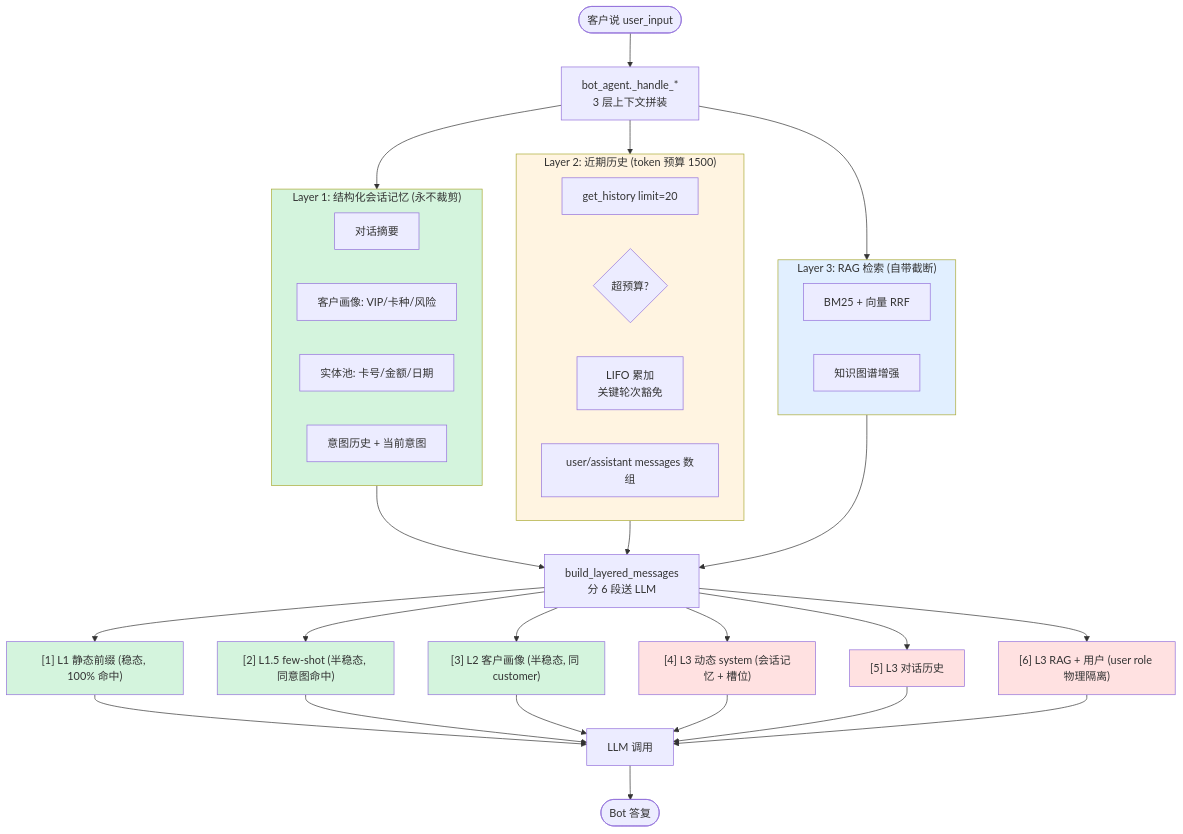
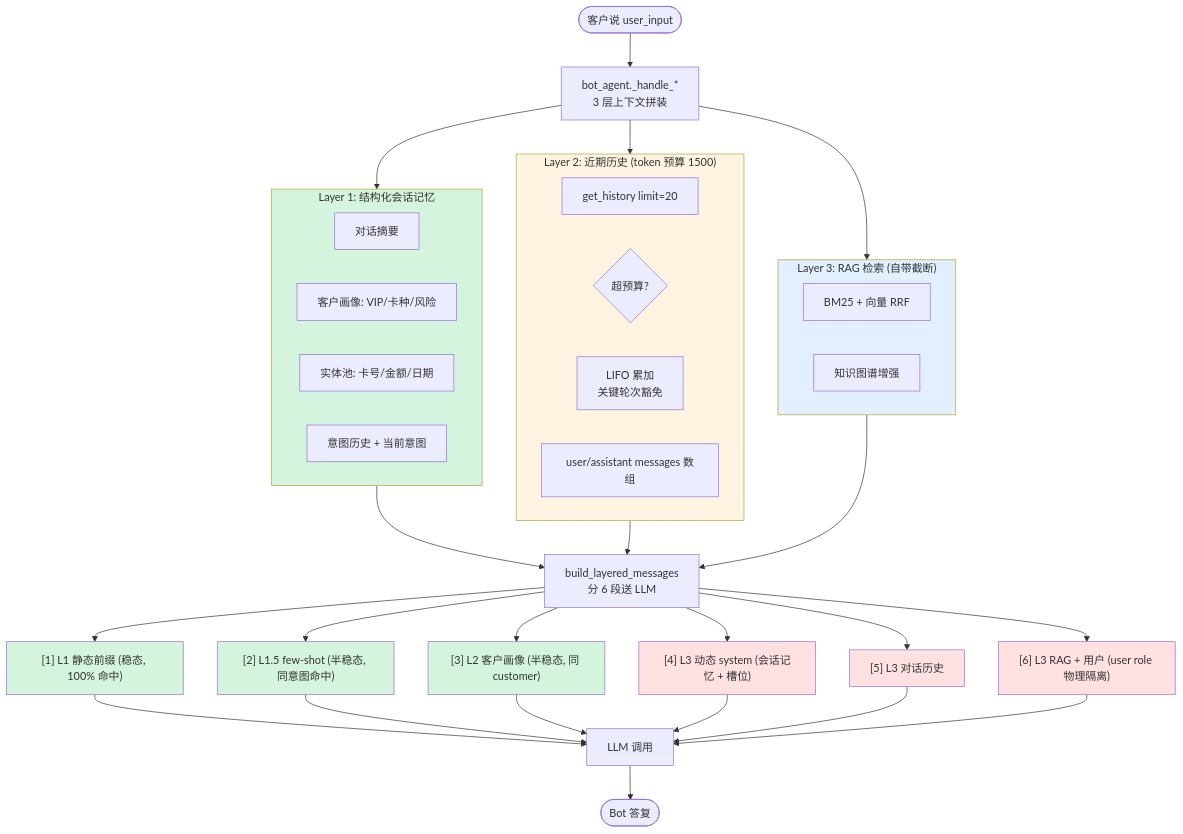
One commit to slowleelab/lumio changed the diagram in docs/book/chapters/15-context-engineering.md. Above: the diagram before and after it, drawn with Mermaid. The commit also changed other lines of this file and 2 other files, not shown here.

Commit message:
fix(docs): 修正不通顺句子 - '永不抛出 (任何异常都返回空字符串)'
## 修改

1. L130: '永不抛出 (任何异常都返回空字符串)' → '异常时静默降级, 一律返回空字符串'
   - 主谓不清, '永不抛出' 的主语不明
   - 括号内容跟前面语义重复 (异常吞掉 + 返回空)
   - '抛出' (raise) 和 '返回' (return) 两种动作混用

2. L44 mermaid 节点: 'Layer 1: 结构化会话记忆 (永不裁剪)' → 移除括号
   - mermaid 节点不宜塞修饰, 表格里有完整版

## 保留

- 表格里的 '永不裁剪' / '异常 → 返回空字符串' 符号化表达, 跟正文句子分工
- 概览里的简称 '永不裁' / '永不变化' (表格有完整版)
- 代码注释里的 '永不裁剪' (代码风格)

````diff
--- a/docs/book/chapters/15-context-engineering.md
+++ b/docs/book/chapters/15-context-engineering.md
@@ -40,57 +40,57 @@
 ```mermaid
 flowchart TB
     User([客户说 user_input]) --> Build[bot_agent._handle_*<br/>3 层上下文拼装]
 
-    subgraph L1["Layer 1: 结构化会话记忆 (永不裁剪)"]
+    subgraph L1["Layer 1: 结构化会话记忆"]
         L1Sum[对话摘要]
         L1Profile[客户画像: VIP/卡种/风险]
         L1Entity[实体池: 卡号/金额/日期]
         L1Intent[意图历史 + 当前意图]
     end
 
     subgraph L2["Layer 2: 近期历史 (token 预算 1500)"]
         L2Get[get_history limit=20]
         L2Cmp{超预算?}
         L2LIFO[LIFO 累加<br/>关键轮次豁免]
         L2Out[user/assistant messages 数组]
     end
 
     subgraph L3["Layer 3: RAG 检索 (自带截断)"]
         L3Rag[BM25 + 向量 RRF]
         L3Kg[知识图谱增强]
     end
 
     Build --> L1
     Build --> L2
     Build --> L3
 
     L1 --> KV["build_layered_messages<br/>分 6 段送 LLM"]
     L2 --> KV
     L3 --> KV
 
     KV --> KV1["[1] L1 静态前缀 (稳态, 100% 命中)"]
     KV --> KV2["[2] L1.5 few-shot (半稳态, 同意图命中)"]
     KV --> KV3["[3] L2 客户画像 (半稳态, 同 customer)"]
     KV --> KV4["[4] L3 动态 system (会话记忆 + 槽位)"]
     KV --> KV5["[5] L3 对话历史"]
     KV --> KV6["[6] L3 RAG + 用户 (user role 物理隔离)"]
 
     KV1 --> LLM[LLM 调用]
     KV2 --> LLM
     KV3 --> LLM
     KV4 --> LLM
     KV5 --> LLM
     KV6 --> LLM
 
     LLM --> Resp([Bot 答复])
 
     style L1 fill:#d4f4dd
     style L2 fill:#fff4e1
     style L3 fill:#e1efff
     style KV1 fill:#d4f4dd
     style KV2 fill:#d4f4dd
     style KV3 fill:#d4f4dd
     style KV4 fill:#ffe1e1
     style KV5 fill:#ffe1e1
     style KV6 fill:#ffe1e1
 ```
````
